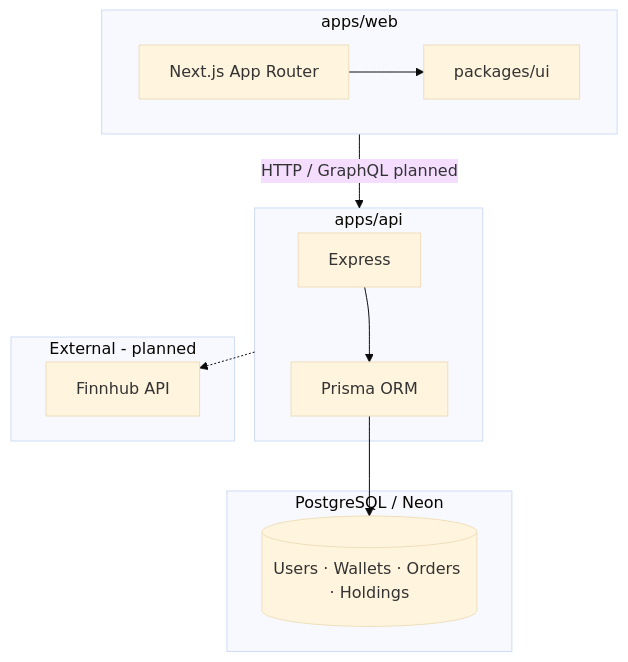
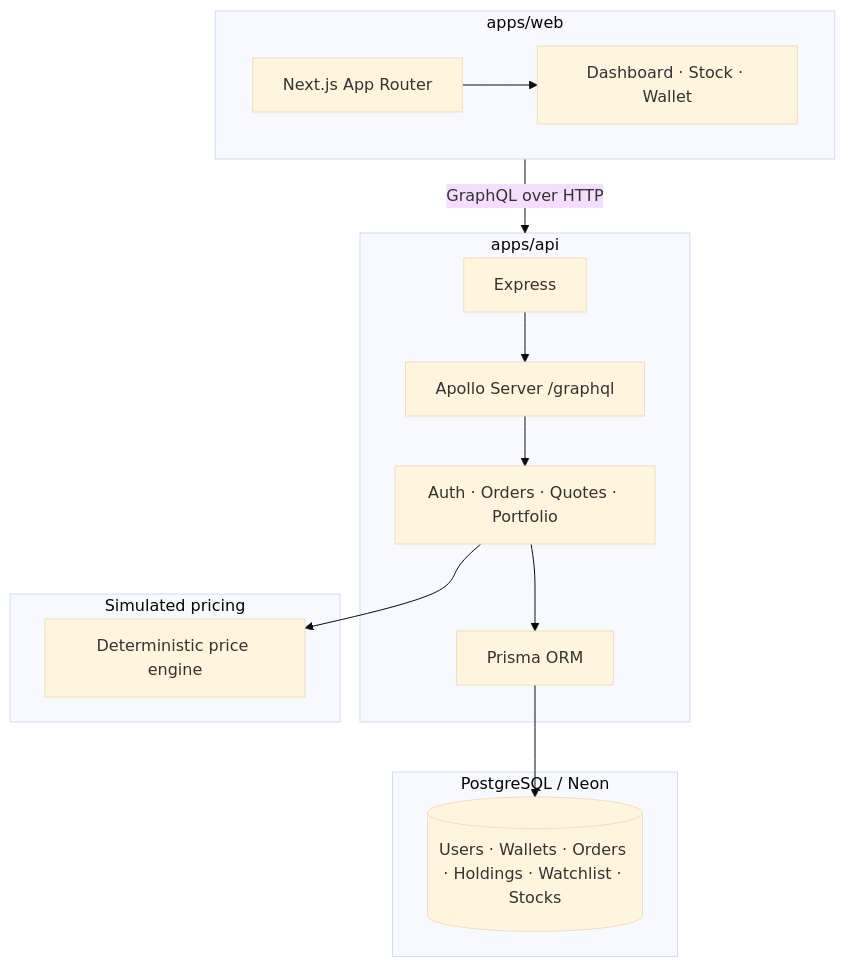
Before and after one commit to soumyadri/stockfolio: the diagram in README.md, drawn with Mermaid (base theme). The commit also changed other lines of this file and 34 other files, not shown here.

First line of the commit message:
Harden trading flows and remove leftover mock client state.

````diff
--- a/README.md
+++ b/README.md
@@ -58,26 +63,29 @@
 ```mermaid
 flowchart TB
   subgraph client [apps/web]
     NextApp[Next.js App Router]
-    UI[packages/ui]
-    NextApp --> UI
+    Components[Dashboard · Stock · Wallet]
+    NextApp --> Components
   end
 
   subgraph server [apps/api]
     Express[Express]
+    Apollo[Apollo Server /graphql]
+    Services[Auth · Orders · Quotes · Portfolio]
+    Express --> Apollo --> Services
     Prisma[Prisma ORM]
-    Express --> Prisma
+    Services --> Prisma
   end
 
   subgraph data [PostgreSQL / Neon]
-    DB[(Users · Wallets · Orders · Holdings)]
+    DB[(Users · Wallets · Orders · Holdings · Watchlist · Stocks)]
     Prisma --> DB
   end
 
-  subgraph external [External - planned]
-    Finnhub[Finnhub API]
+  subgraph pricing [Simulated pricing]
+    PriceEngine[Deterministic price engine]
+    Services --> PriceEngine
   end
 
-  client -->|HTTP / GraphQL planned| server
-  server -.-> Finnhub
+  client -->|GraphQL over HTTP| server
 ```
````
